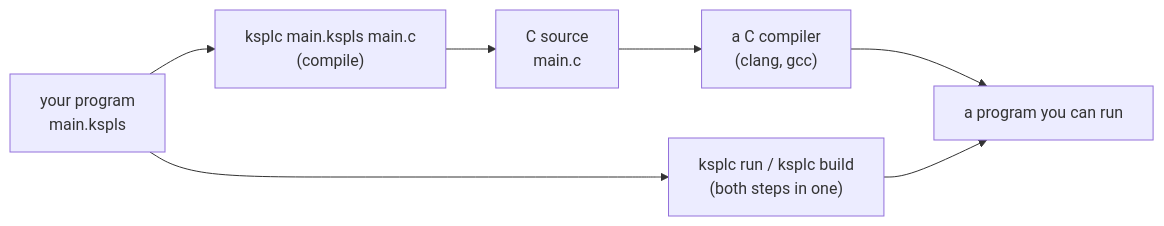
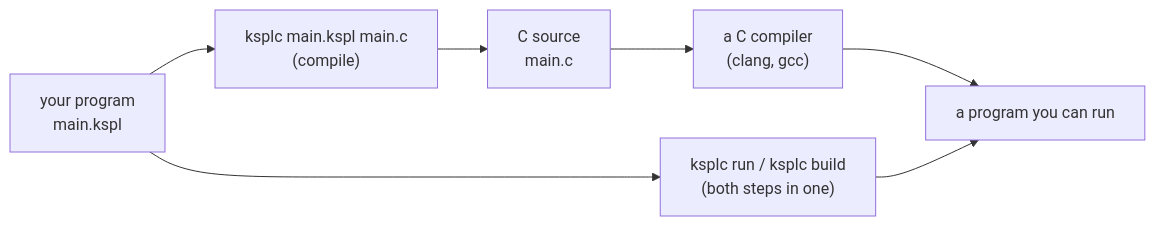
The first of 3 diagrams in ksplc/docs/SPEC-tools.md (kansosystem-org/kspl-experimental), drawn with Mermaid before and after one commit. The commit also changed other lines of this file and 1422 other files, not shown here.

````diff
--- a/ksplc/docs/SPEC-tools.md
+++ b/ksplc/docs/SPEC-tools.md
@@ -15,9 +15,9 @@
 ```mermaid
 flowchart LR
-    SRC["your program<br/>main.kspls"] --> K["ksplc main.kspls main.c<br/>(compile)"]
+    SRC["your program<br/>main.kspl"] --> K["ksplc main.kspl main.c<br/>(compile)"]
     K --> C["C source<br/>main.c"]
     C --> CC["a C compiler<br/>(clang, gcc)"]
     CC --> EXE["a program you can run"]
     SRC --> RB["ksplc run / ksplc build<br/>(both steps in one)"]
     RB --> EXE
 ```
````
